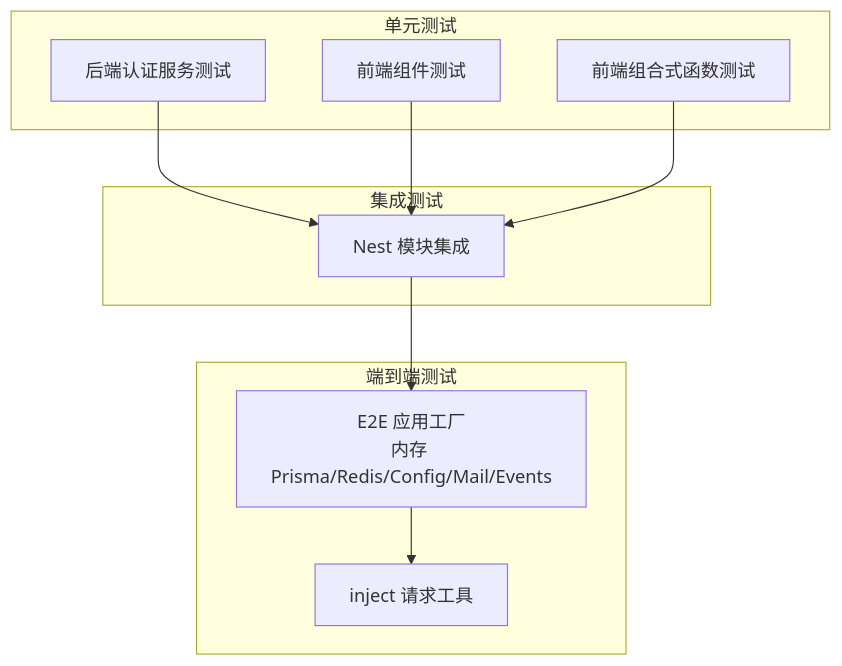
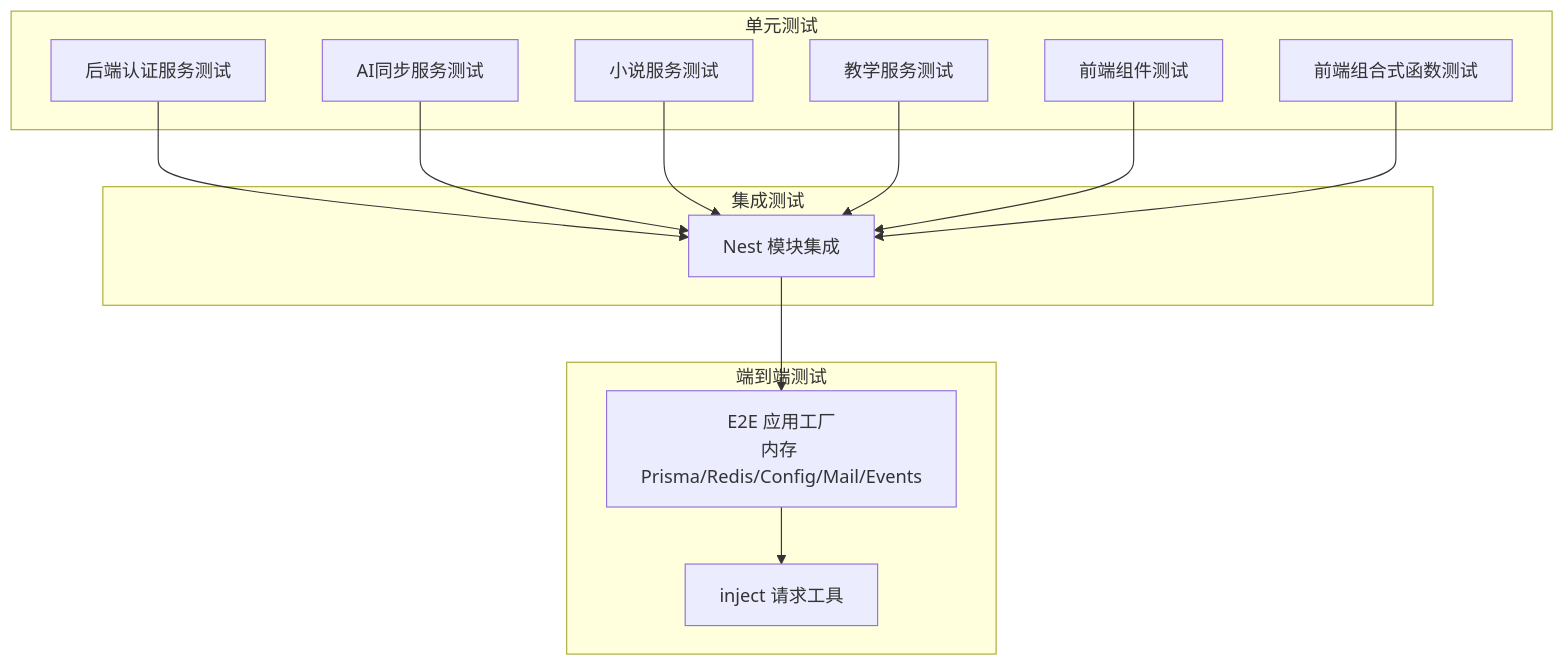
One commit to xixixiaoyu/Todo changed the second of 9 diagrams in .qoder/repowiki/zh/content/开发指南/测试策略与实践.md. Above: the diagram before and after it, drawn with Mermaid. The commit also changed other lines of this file and 12 other files, not shown here.

````diff
--- a/.qoder/repowiki/zh/content/开发指南/测试策略与实践.md
+++ b/.qoder/repowiki/zh/content/开发指南/测试策略与实践.md
@@ -111,20 +143,26 @@
 ```mermaid
 graph TB
 subgraph "单元测试"
 U_AUTH["后端认证服务测试"]
+U_AI_SYNC["AI同步服务测试"]
+U_NOVEL["小说服务测试"]
+U_TEACHING["教学服务测试"]
 U_FE_COMP["前端组件测试"]
 U_FE_COMPOSABLE["前端组合式函数测试"]
 end
 subgraph "集成测试"
 I_NEST["Nest 模块集成"]
 end
 subgraph "端到端测试"
 E_APP["E2E 应用工厂<br/>内存 Prisma/Redis/Config/Mail/Events"]
 E_REQ["inject 请求工具"]
 end
 U_AUTH --> I_NEST
+U_AI_SYNC --> I_NEST
+U_NOVEL --> I_NEST
+U_TEACHING --> I_NEST
 U_FE_COMP --> I_NEST
 U_FE_COMPOSABLE --> I_NEST
 I_NEST --> E_APP
 E_APP --> E_REQ
 ```
````
